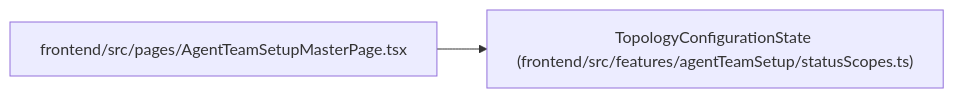
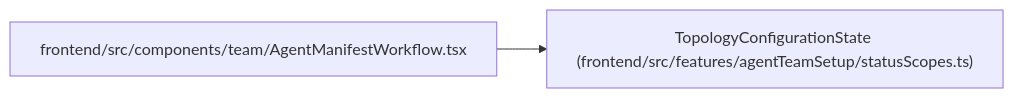
Before and after one commit to Denissvgn/WorkChord: the diagram in docs/llm_wiki/entities/TopologyConfigurationState.md, drawn with Mermaid. The commit also changed other lines of this file and 2373 other files, not shown here.

````diff
--- a/docs/llm_wiki/entities/TopologyConfigurationState.md
+++ b/docs/llm_wiki/entities/TopologyConfigurationState.md
@@ -32,8 +32,8 @@
 ```mermaid
 flowchart LR
     n0["TopologyConfigurationState (frontend/src/features/agentTeamSetup/statusScopes.ts)"]
-    n1["frontend/src/pages/AgentTeamSetupMasterPage.tsx"]
+    n1["frontend/src/components/team/AgentManifestWorkflow.tsx"]
     n1 --> n0
     click n0 "../modules/statusScopes.md"
-    click n1 "../modules/AgentTeamSetupMasterPage.md"
+    click n1 "../modules/AgentManifestWorkflow.md"
 ```
````
